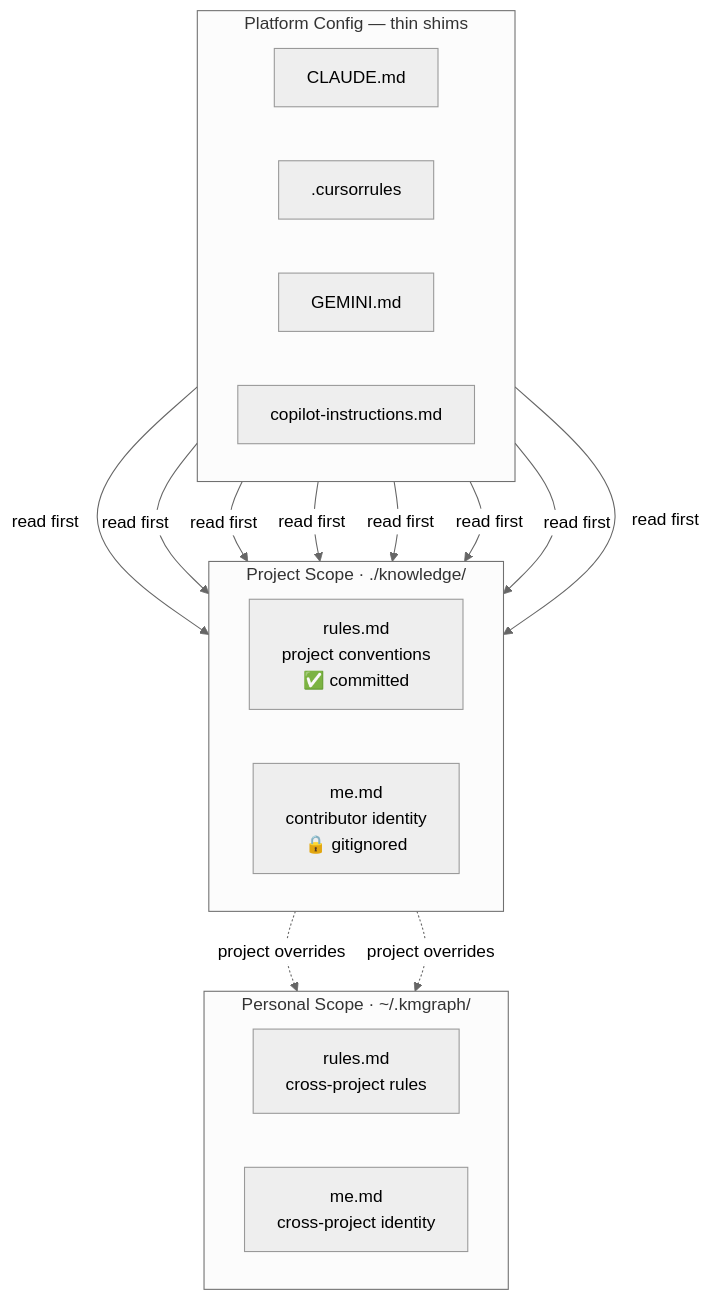
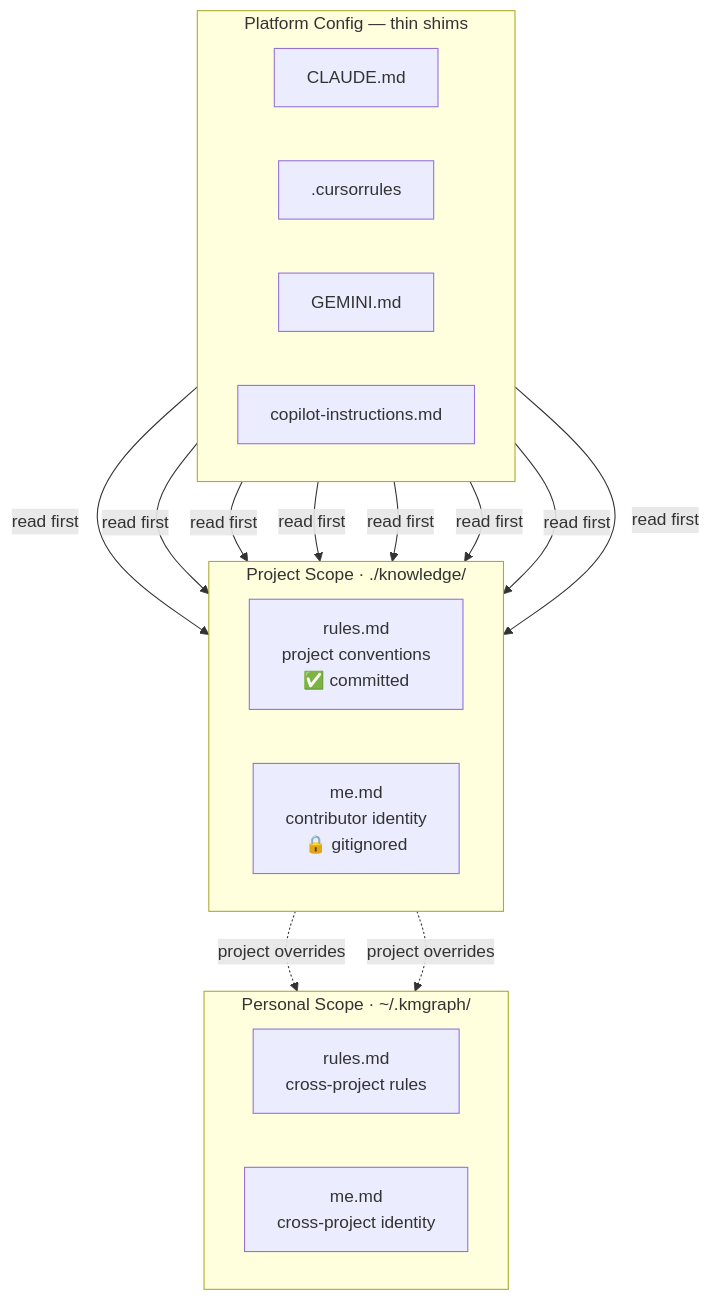
The diagram in docs/pillars/portability/your-ai-profile.mdx (technomensch/knowledge-graph), drawn with Mermaid before and after one commit. The commit also changed other lines of this file and 30 other files, not shown here.

````diff
--- a/docs/pillars/portability/your-ai-profile.mdx
+++ b/docs/pillars/portability/your-ai-profile.mdx
@@ -130,31 +125,28 @@
 ```mermaid
-%%{init: { 'flowchart': { 'useMaxWidth': true }, 'theme': 'neutral' }}%%
 flowchart TB
     subgraph platforms ["Platform Config — thin shims"]
         direction LR
         CL["CLAUDE.md"]
         CU[".cursorrules"]
         GE["GEMINI.md"]
         CO["copilot-instructions.md"]
     end
 
     subgraph project ["Project Scope  ·  ./knowledge/"]
         direction LR
         R["rules.md\nproject conventions\n✅ committed"]
         M["me.md\ncontributor identity\n🔒 gitignored"]
     end
 
     subgraph personal ["Personal Scope  ·  ~/.kmgraph/"]
         direction LR
         PR["rules.md\ncross-project rules"]
         PM["me.md\ncross-project identity"]
     end
 
     CL & CU & GE & CO -->|read first| R
     CL & CU & GE & CO -->|read first| M
     R -. project overrides .-> PR
     M -. project overrides .-> PM
 
-    accTitle: Platform shim pattern
-    accDescr: All platform config files point to two foundation files in knowledge/ — rules.md and me.md. Project scope overrides personal scope defaults in ~/.kmgraph/.
 ```
````
